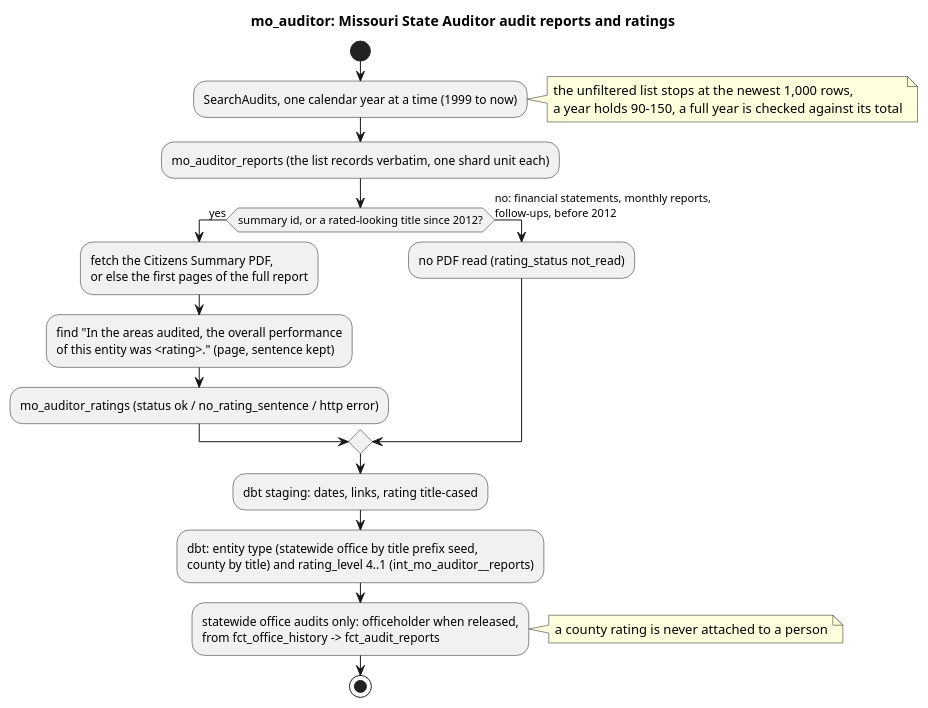
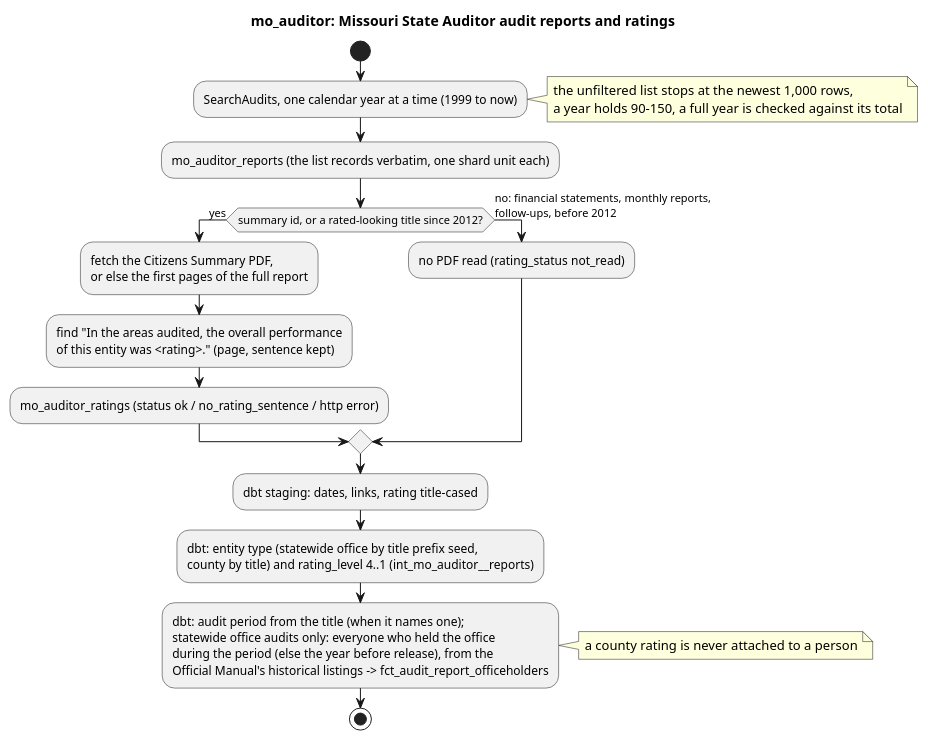
Before and after one commit to akettmann/missouri_gov_feed: the diagram in docs/diagrams/sources/mo_auditor.puml, drawn with PlantUML. The commit also changed 19 other files, not shown here.

First line of the commit message:
Audit reports: credit statewide-office audits to everyone in office during the audit (Fixes #323, #333)

```diff
--- a/docs/diagrams/sources/mo_auditor.puml
+++ b/docs/diagrams/sources/mo_auditor.puml
@@ -1,19 +1,19 @@
 @startuml mo_auditor
 title mo_auditor: Missouri State Auditor audit reports and ratings
 start
 :SearchAudits, one calendar year at a time (1999 to now);
 note right: the unfiltered list stops at the newest 1,000 rows,\na year holds 90-150, a full year is checked against its total
 :mo_auditor_reports (the list records verbatim, one shard unit each);
 if (summary id, or a rated-looking title since 2012?) then (yes)
   :fetch the Citizens Summary PDF,\nor else the first pages of the full report;
   :find "In the areas audited, the overall performance\nof this entity was <rating>." (page, sentence kept);
   :mo_auditor_ratings (status ok / no_rating_sentence / http error);
 else (no: financial statements, monthly reports,\nfollow-ups, before 2012)
   :no PDF read (rating_status not_read);
 endif
 :dbt staging: dates, links, rating title-cased;
 :dbt: entity type (statewide office by title prefix seed,\ncounty by title) and rating_level 4..1 (int_mo_auditor__reports);
-:statewide office audits only: officeholder when released,\nfrom fct_office_history -> fct_audit_reports;
+:dbt: audit period from the title (when it names one);\nstatewide office audits only: everyone who held the office\nduring the period (else the year before release), from the\nOfficial Manual's historical listings -> fct_audit_report_officeholders;
 note right: a county rating is never attached to a person
 stop
 @enduml
```
